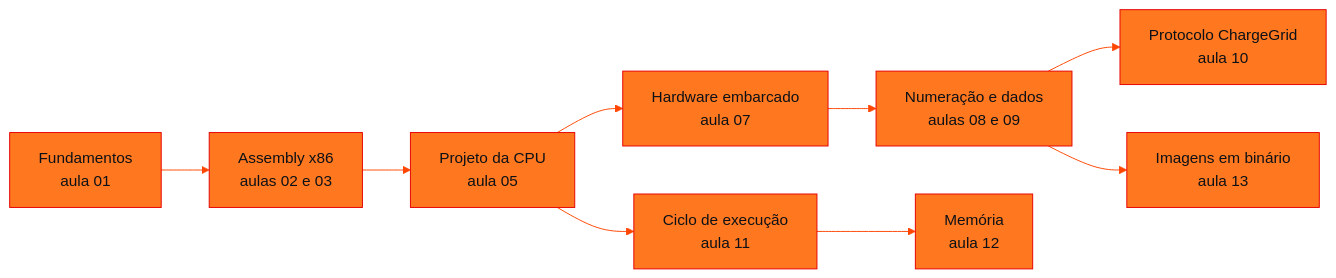
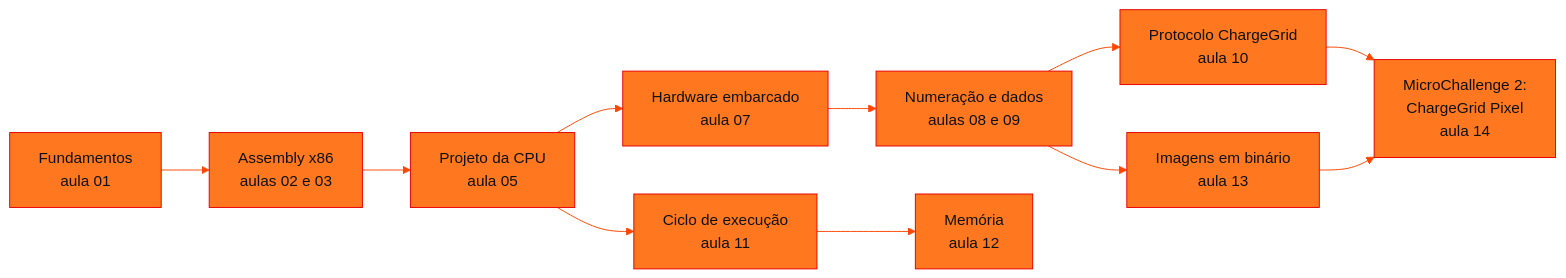
One commit to RenanMano/cs-fiap-academic changed the diagram in computer-organization-and-architecture/README.md. Above: the diagram before and after it, drawn with Mermaid. The commit also changed other lines of this file and 7 other files, not shown here.

First line of the commit message:
docs: add academic documentation for computer-organization-and-architecture aula14-09-10-26

````diff
--- a/computer-organization-and-architecture/README.md
+++ b/computer-organization-and-architecture/README.md
@@ -110,12 +115,14 @@
 ```mermaid
 %%{init: {'theme': 'base', 'themeVariables': {'primaryColor': '#FF781F', 'primaryTextColor': '#0D1117', 'primaryBorderColor': '#E60000', 'lineColor': '#FF4500', 'secondaryColor': '#FFD8B8', 'tertiaryColor': '#FFF1E6', 'edgeLabelBackground': '#FFF1E6', 'fontFamily': 'Fira Code, monospace'}}}%%
 flowchart LR
     A["Fundamentos<br/>aula 01"] --> B["Assembly x86<br/>aulas 02 e 03"]
     B --> C["Projeto da CPU<br/>aula 05"]
     C --> D["Hardware embarcado<br/>aula 07"]
     D --> E["Numeração e dados<br/>aulas 08 e 09"]
     E --> F["Protocolo ChargeGrid<br/>aula 10"]
     C --> G["Ciclo de execução<br/>aula 11"]
     G --> H["Memória<br/>aula 12"]
     E --> I["Imagens em binário<br/>aula 13"]
+    F --> J["MicroChallenge 2:<br/>ChargeGrid Pixel<br/>aula 14"]
+    I --> J
 ```
````
